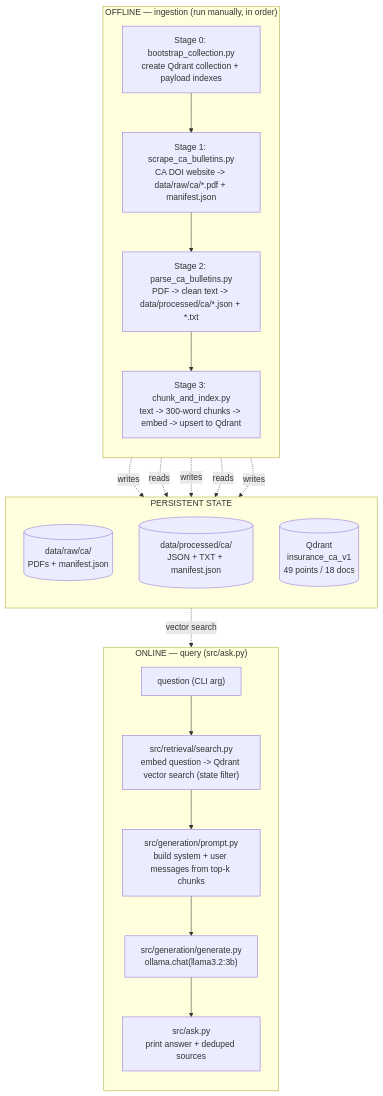
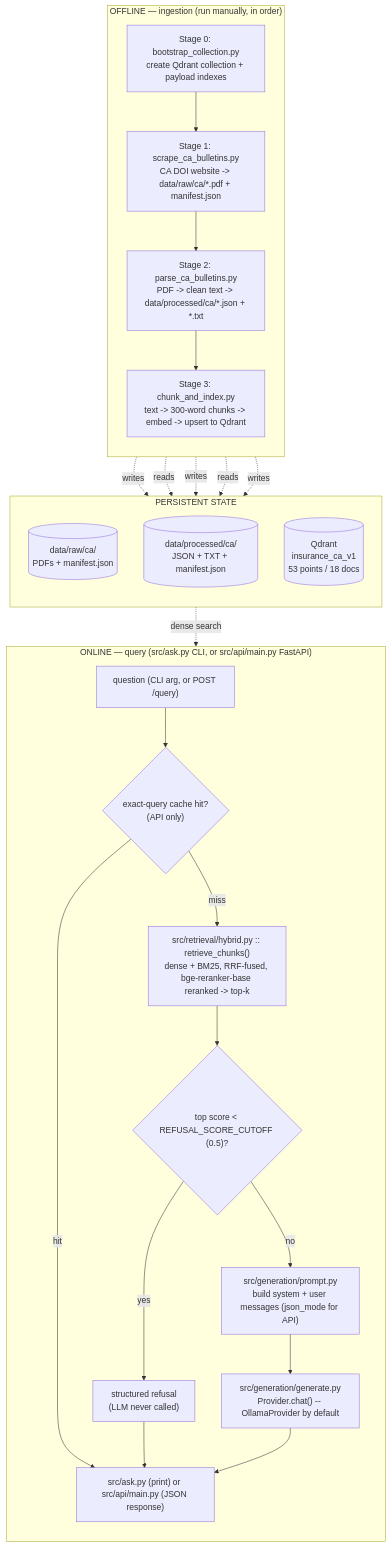
One commit to ashishrahate/insurance-rag changed the first of 6 diagrams in docs/pipeline.md. Above: the diagram before and after it, drawn with Mermaid. The commit also changed other lines of this file and 11 other files, not shown here.

````diff
--- a/docs/pipeline.md
+++ b/docs/pipeline.md
@@ -39,36 +30,44 @@
 ```mermaid
 flowchart TB
     subgraph OFFLINE["OFFLINE — ingestion (run manually, in order)"]
         direction TB
         B["Stage 0: bootstrap_collection.py\ncreate Qdrant collection + payload indexes"]
         S["Stage 1: scrape_ca_bulletins.py\nCA DOI website -> data/raw/ca/*.pdf + manifest.json"]
         P["Stage 2: parse_ca_bulletins.py\nPDF -> clean text -> data/processed/ca/*.json + *.txt"]
         C["Stage 3: chunk_and_index.py\ntext -> 300-word chunks -> embed -> upsert to Qdrant"]
         B --> S --> P --> C
     end
 
     subgraph STORE["PERSISTENT STATE"]
         direction TB
         RAW[("data/raw/ca/\nPDFs + manifest.json")]
         PROC[("data/processed/ca/\nJSON + TXT + manifest.json")]
-        QD[("Qdrant\ninsurance_ca_v1\n49 points / 18 docs")]
+        QD[("Qdrant\ninsurance_ca_v1\n53 points / 18 docs")]
     end
 
     S -.writes.-> RAW
     P -.reads.-> RAW
     P -.writes.-> PROC
     C -.reads.-> PROC
     C -.writes.-> QD
 
-    subgraph ONLINE["ONLINE — query (src/ask.py)"]
+    subgraph ONLINE["ONLINE — query (src/ask.py CLI, or src/api/main.py FastAPI)"]
         direction TB
-        Q["question (CLI arg)"]
-        SR["src/retrieval/search.py\nembed question -> Qdrant vector search (state filter)"]
-        PR["src/generation/prompt.py\nbuild system + user messages from top-k chunks"]
-        GE["src/generation/generate.py\nollama.chat(llama3.2:3b)"]
-        PRES["src/ask.py\nprint answer + deduped sources"]
-        Q --> SR --> PR --> GE --> PRES
+        Q["question (CLI arg, or POST /query)"]
+        CACHE{"exact-query cache hit?\n(API only)"}
+        HY["src/retrieval/hybrid.py :: retrieve_chunks()\ndense + BM25, RRF-fused, bge-reranker-base reranked -> top-k"]
+        GUARD{"top score < REFUSAL_SCORE_CUTOFF (0.5)?"}
+        REFUSE["structured refusal\n(LLM never called)"]
+        PR["src/generation/prompt.py\nbuild system + user messages (json_mode for API)"]
+        GE["src/generation/generate.py\nProvider.chat() -- OllamaProvider by default"]
+        PRES["src/ask.py (print) or src/api/main.py (JSON response)"]
+        Q --> CACHE
+        CACHE -- hit --> PRES
+        CACHE -- miss --> HY
+        HY --> GUARD
+        GUARD -- yes --> REFUSE --> PRES
+        GUARD -- no --> PR --> GE --> PRES
     end
 
-    QD -.vector search.-> SR
+    QD -.dense search.-> HY
 ```
````
